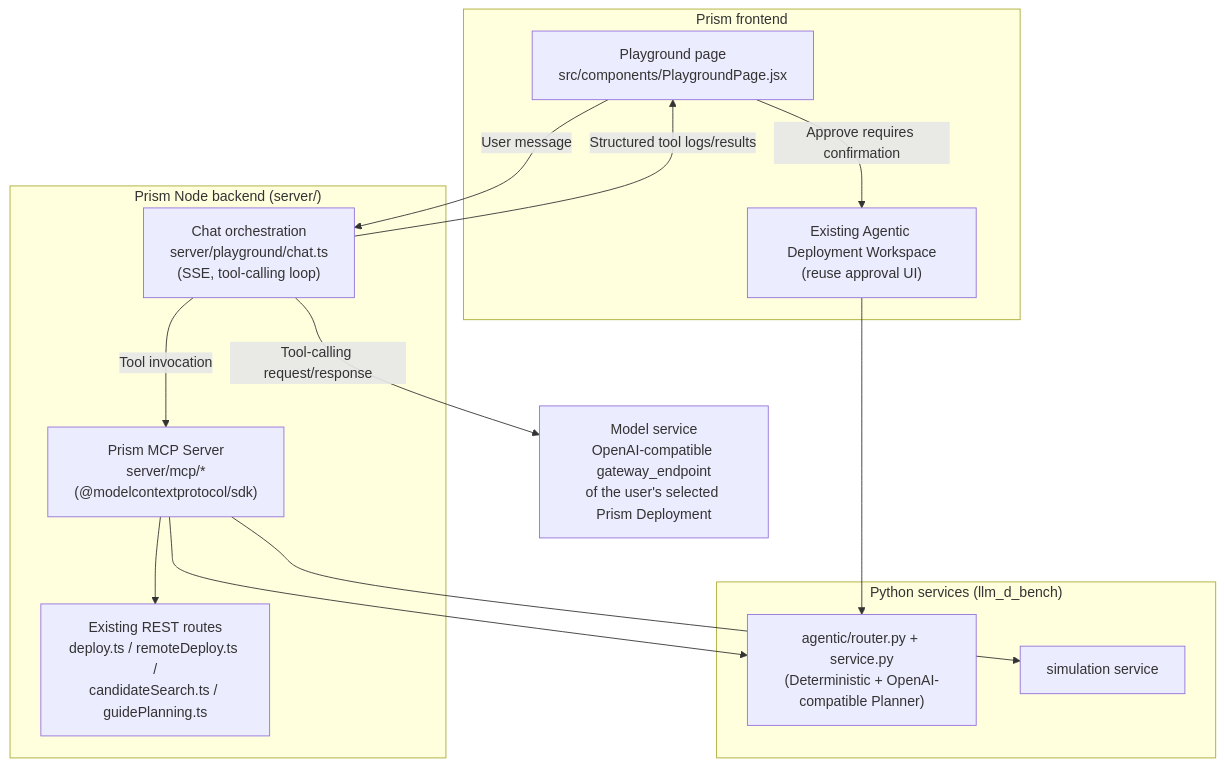
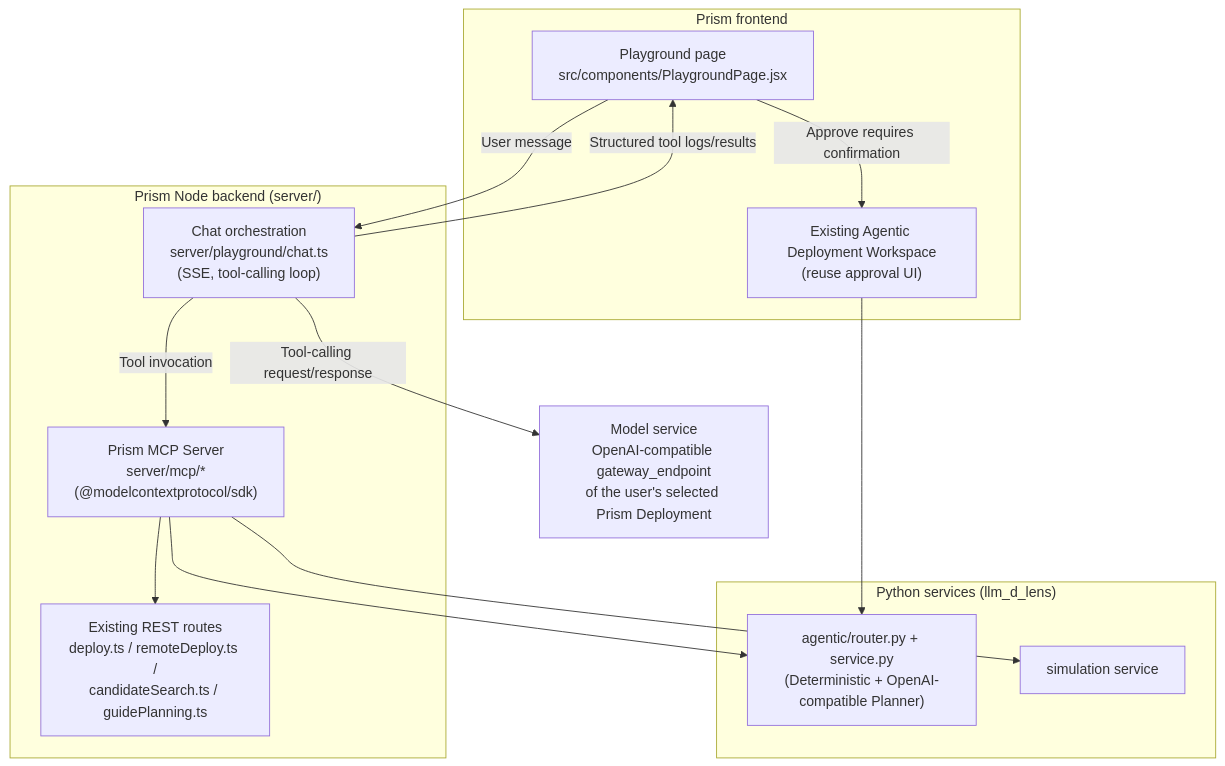
One commit to WenjiaoYue/llm-d-lens changed the first of 2 diagrams in docs/design/mcp-playground-design.zh-CN.md. Above: the diagram before and after it, drawn with Mermaid. The commit also changed other lines of this file and 1755 other files, not shown here.

````diff
--- a/docs/design/mcp-playground-design.zh-CN.md
+++ b/docs/design/mcp-playground-design.zh-CN.md
@@ -53,26 +53,26 @@
 ```mermaid
 flowchart TD
     subgraph Browser["Prism frontend"]
         PG["Playground page\nsrc/components/PlaygroundPage.jsx"]
         ADW["Existing Agentic Deployment Workspace\n(reuse approval UI)"]
     end
     subgraph Node["Prism Node backend (server/)"]
         CHAT["Chat orchestration\nserver/playground/chat.ts\n(SSE, tool-calling loop)"]
         MCP["Prism MCP Server\nserver/mcp/*\n(@modelcontextprotocol/sdk)"]
         REST["Existing REST routes\ndeploy.ts / remoteDeploy.ts /\ncandidateSearch.ts / guidePlanning.ts"]
     end
-    subgraph Py["Python services (llm_d_bench)"]
+    subgraph Py["Python services (llm_d_lens)"]
         AGENTIC["agentic/router.py + service.py\n(Deterministic + OpenAI-compatible Planner)"]
         SIM["simulation service"]
     end
     LLM["Model service\nOpenAI-compatible gateway_endpoint\nof the user's selected Prism Deployment"]
     PG -->|"User message"| CHAT
     CHAT -->|"Tool-calling request/response"| LLM
     CHAT -->|"Tool invocation"| MCP
     MCP --> REST
     MCP --> AGENTIC
     MCP --> SIM
     CHAT -->|"Structured tool logs/results"| PG
     PG -->|"Approve requires confirmation"| ADW
     ADW --> AGENTIC
 ```
````
